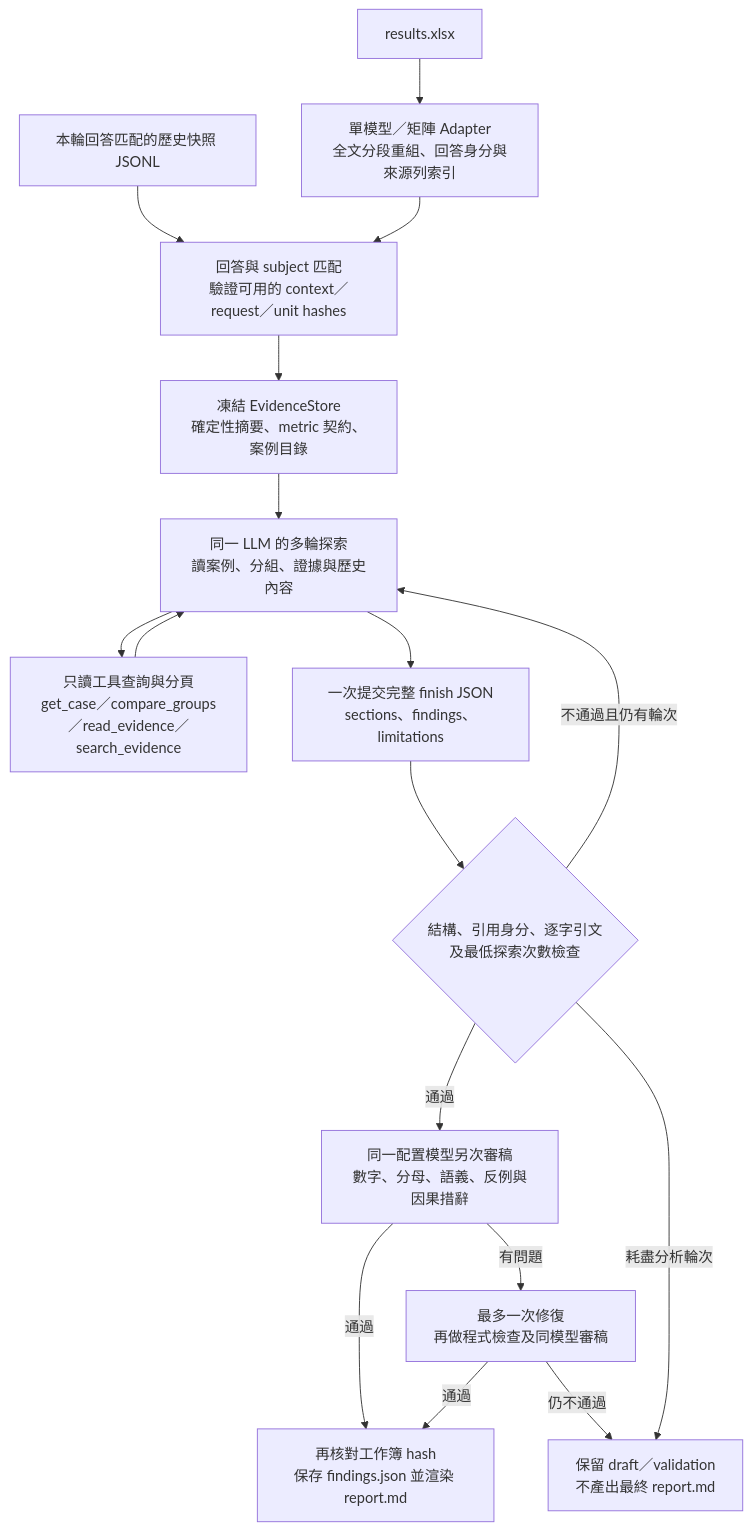
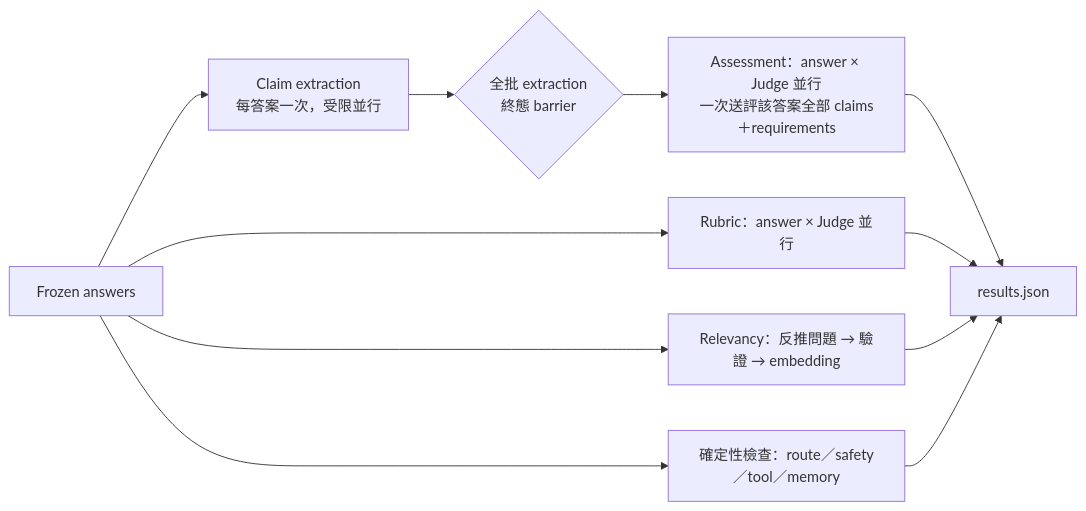
Before and after one commit to Kelvin-xing/Xiaoan-evaluation: the diagram in METHODOLOGY.md, drawn with Mermaid. The commit also changed other lines of this file and 1 other file, not shown here.

First line of the commit message:
docs: rewrite README and METHODOLOGY for frozen answer evaluation

````diff
--- a/METHODOLOGY.md
+++ b/METHODOLOGY.md
@@ -314,19 +146,13 @@
 ```mermaid
-flowchart TD
-    A[results.xlsx] --> C[單模型／矩陣 Adapter<br/>全文分段重組、回答身分與來源列索引]
-    B[本輪回答匹配的歷史快照 JSONL] --> D[回答與 subject 匹配<br/>驗證可用的 context／request／unit hashes]
-    C --> D
-    D --> E[凍結 EvidenceStore<br/>確定性摘要、metric 契約、案例目錄]
-    E --> F[同一 LLM 的多輪探索<br/>讀案例、分組、證據與歷史內容]
-    F --> G[只讀工具查詢與分頁<br/>get_case／compare_groups／read_evidence／search_evidence]
-    G --> F
-    F --> H[一次提交完整 finish JSON<br/>sections、findings、limitations]
-    H --> I{結構、引用身分、逐字引文<br/>及最低探索次數檢查}
-    I -->|不通過且仍有輪次| F
-    I -->|通過| J[同一配置模型另次審稿<br/>數字、分母、語義、反例與因果措辭]
-    J -->|有問題| K[最多一次修復<br/>再做程式檢查及同模型審稿]
-    J -->|通過| L[再核對工作簿 hash<br/>保存 findings.json 並渲染 report.md]
-    K -->|通過| L
-    K -->|仍不通過| M[保留 draft／validation<br/>不產出最終 report.md]
-    I -->|耗盡分析輪次| M
+flowchart LR
+    A[Frozen answers] --> X[Claim extraction<br/>每答案一次，受限並行]
+    X --> B{全批 extraction<br/>終態 barrier}
+    B --> S[Assessment：answer × Judge 並行<br/>一次送評該答案全部 claims＋requirements]
+    A --> R[Rubric：answer × Judge 並行]
+    A --> Q[Relevancy：反推問題 → 驗證 → embedding]
+    A --> K[確定性檢查：route／safety／tool／memory]
+    S --> J[results.json]
+    R --> J
+    Q --> J
+    K --> J
 ```
````
